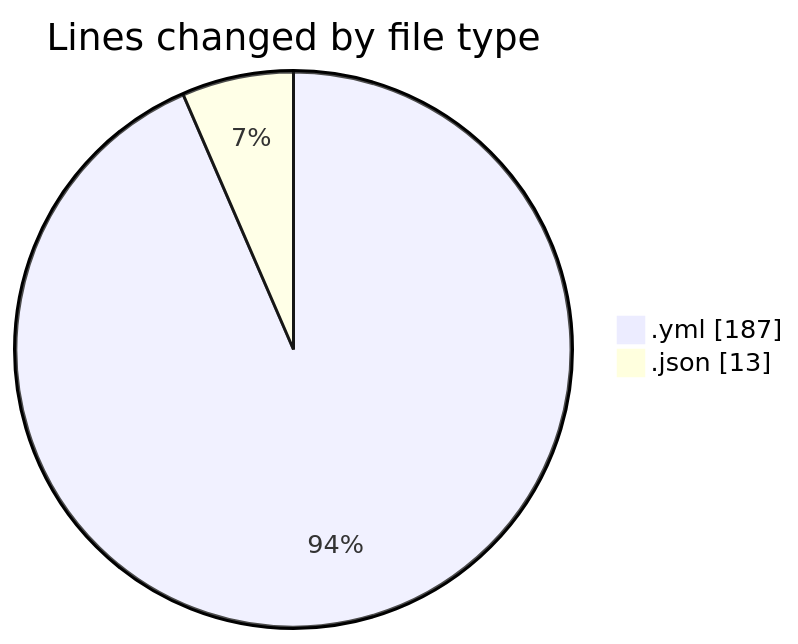
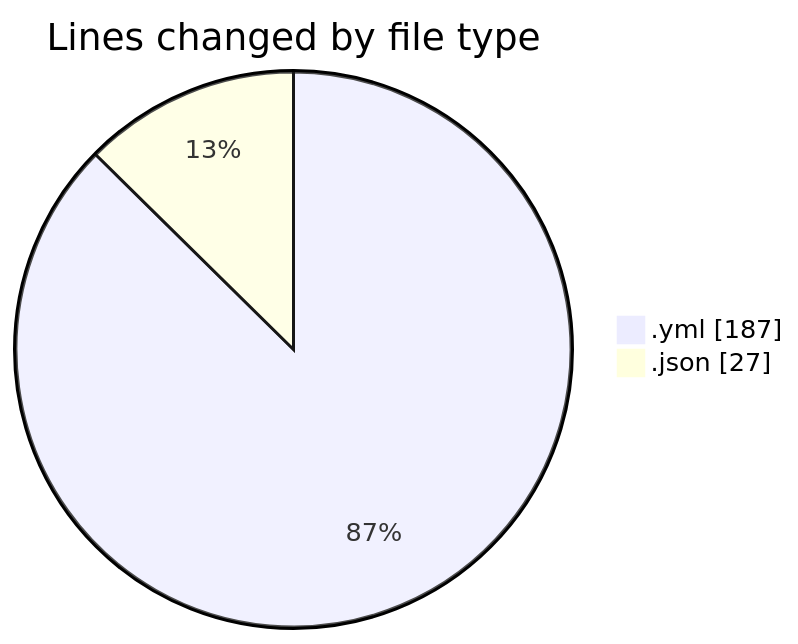
One commit to donsfak/code-tracking changed the first of 2 diagrams in 2025-02-10/maps_clone/README.md. Above: the diagram before and after it, drawn with Mermaid. The commit also changed other lines of this file and 1 other file, not shown here.

````diff
--- a/2025-02-10/maps_clone/README.md
+++ b/2025-02-10/maps_clone/README.md
@@ -22,6 +22,6 @@
 ```mermaid
 pie showData
 title Lines changed by file type
 ".yml" : 187
-".json" : 13
+".json" : 27
 ```
````
